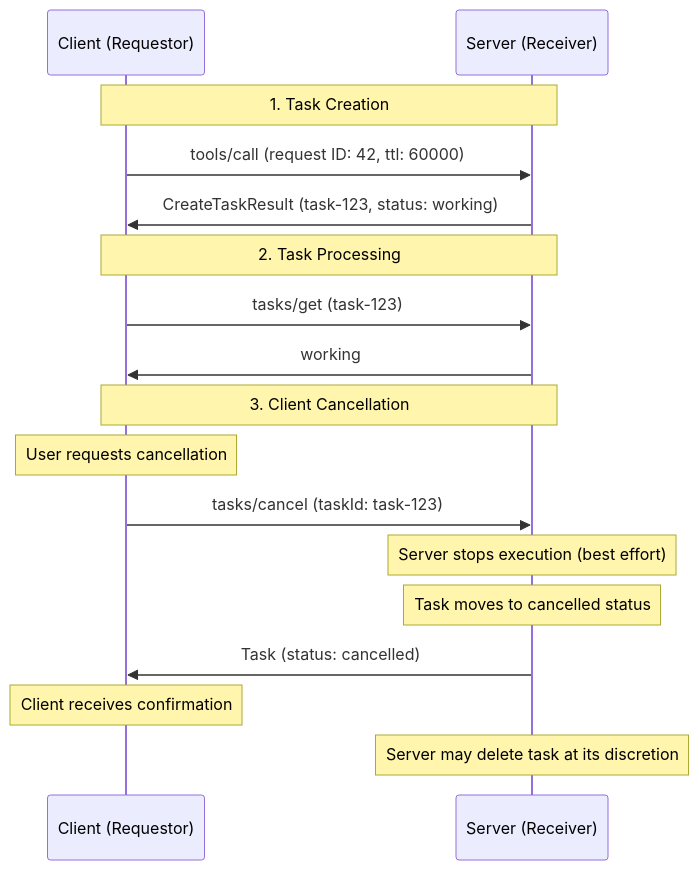
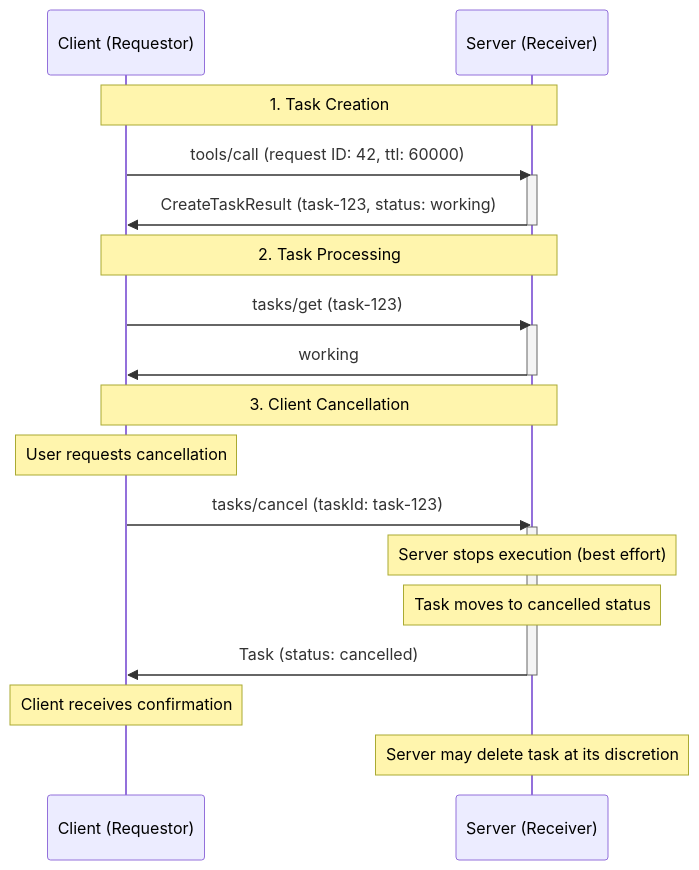
The fifth of 5 diagrams in docs/specification/draft/basic/utilities/tasks.mdx (scottslewis/modelcontextprotocol), drawn with Mermaid before and after one commit. The commit also changed other lines of this file, not shown here.

Commit message:
Clarify request lifetimes in task diagrams

````diff
--- a/docs/specification/draft/basic/utilities/tasks.mdx
+++ b/docs/specification/draft/basic/utilities/tasks.mdx
@@ -607,26 +625,32 @@
 ```mermaid
 sequenceDiagram
     participant C as Client (Requestor)
     participant S as Server (Receiver)
 
     Note over C,S: 1. Task Creation
     C->>S: tools/call (request ID: 42, ttl: 60000)
+    activate S
     S->>C: CreateTaskResult (task-123, status: working)
+    deactivate S
 
     Note over C,S: 2. Task Processing
     C->>S: tasks/get (task-123)
+    activate S
     S->>C: working
+    deactivate S
 
     Note over C,S: 3. Client Cancellation
     Note over C: User requests cancellation
     C->>S: tasks/cancel (taskId: task-123)
+    activate S
 
     Note over S: Server stops execution (best effort)
     Note over S: Task moves to cancelled status
 
     S->>C: Task (status: cancelled)
+    deactivate S
 
     Note over C: Client receives confirmation
 
     Note over S: Server may delete task at its discretion
 ```
````
